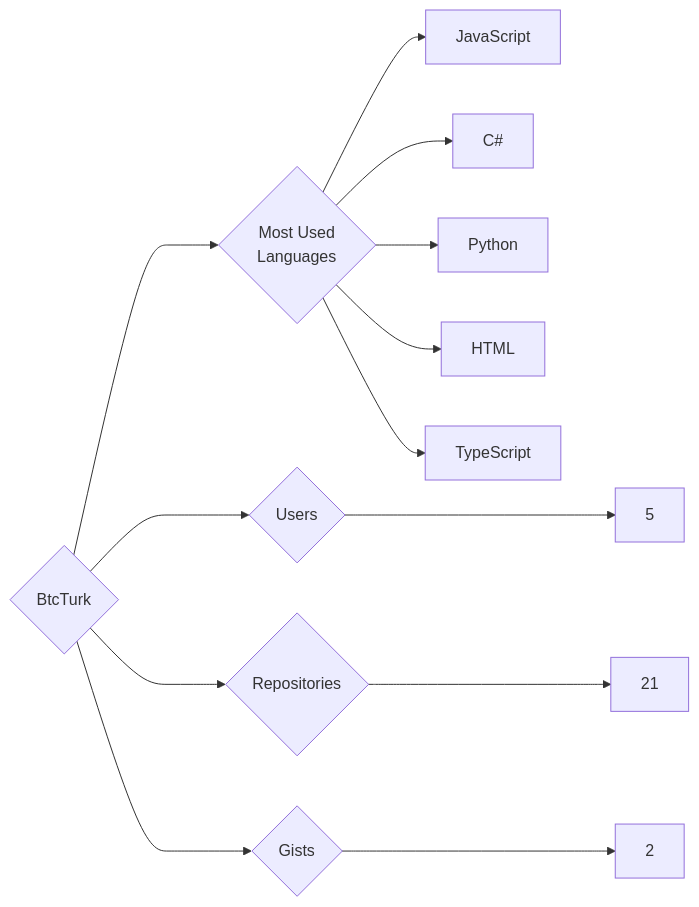
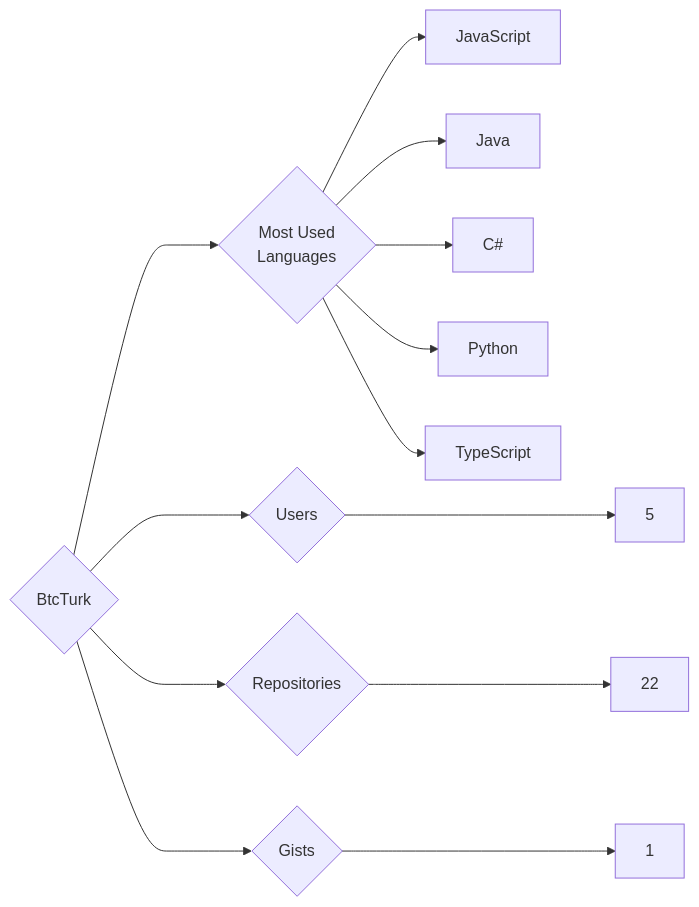
Before and after one commit to trickest/insiders: the diagram in targets/BtcTurk/README.md, drawn with Mermaid. The commit also changed 776 other files, not shown here.

````diff
--- a/targets/BtcTurk/README.md
+++ b/targets/BtcTurk/README.md
@@ -3,13 +3,13 @@
 ```mermaid
 graph LR
 COMPANY_NAME{BtcTurk}
 COMPANY_NAME ---> U{Users} ---> UN[5]
-COMPANY_NAME ---> R{Repositories} ---> RN[21]
-COMPANY_NAME ---> G{Gists} ---> GN[2]
+COMPANY_NAME ---> R{Repositories} ---> RN[22]
+COMPANY_NAME ---> G{Gists} ---> GN[1]
 COMPANY_NAME ---> ML{Most Used<br>Languages}
 ML --> JavaScript[JavaScript]
+ML --> Java[Java]
 ML --> C#[C#]
 ML --> Python[Python]
-ML --> HTML[HTML]
 ML --> TypeScript[TypeScript]
 ```
````
